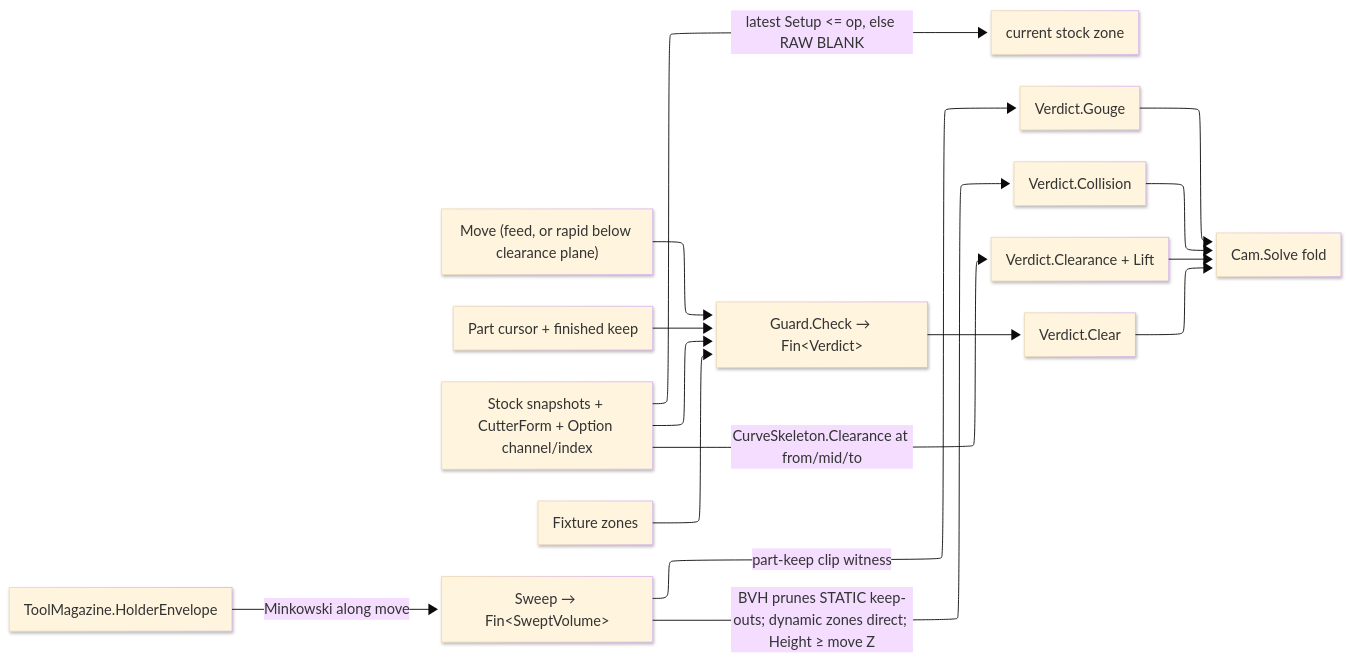
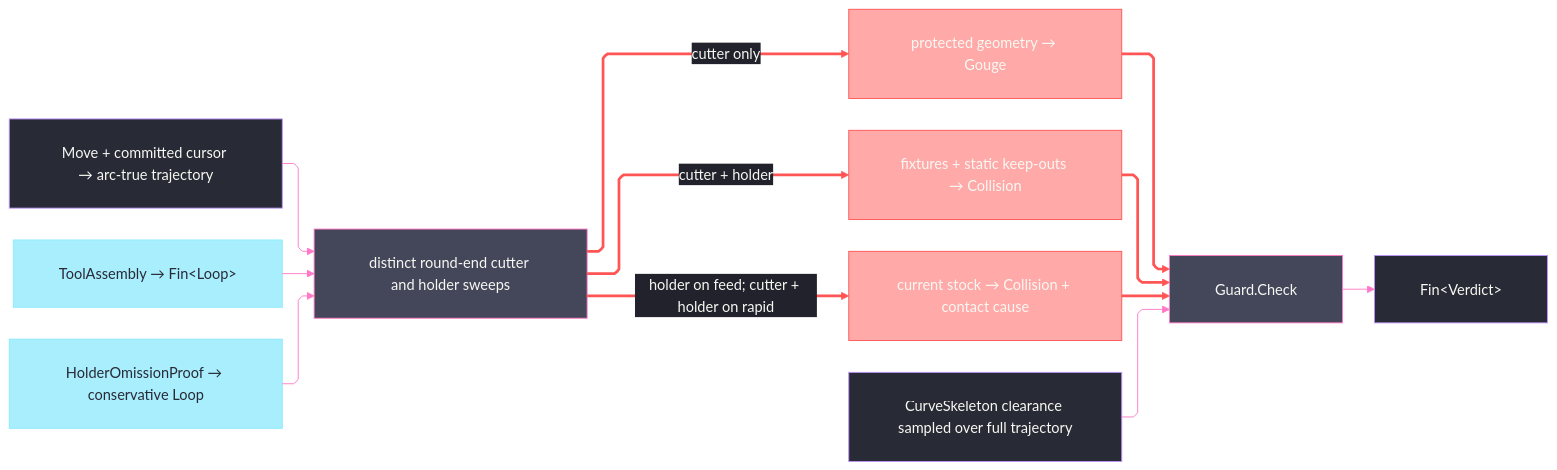
The diagram in libs/csharp/Rasm.Fabrication/.planning/Toolpath/guard.md (bsamiee/Rasm), drawn with Mermaid before and after one commit. The commit also changed other lines of this file and 128 other files, not shown here.

First line of the commit message:
snapshot: Fabrication rebuild-run corpus landed + fleet one-fable-seat collapse + pr-loop universal rebuild, mid clean-refactor

````diff
--- a/libs/csharp/Rasm.Fabrication/.planning/Toolpath/guard.md
+++ b/libs/csharp/Rasm.Fabrication/.planning/Toolpath/guard.md
@@ -189,25 +403,49 @@
 ```mermaid
 ---
 config:
+  theme: base
+  look: classic
   layout: elk
-  look: neo
-  theme: base
+  flowchart:
+    curve: linear
+    padding: 25
+  themeVariables:
+    darkMode: true
+    fontFamily: "SF Mono, Menlo, Cascadia Mono, Segoe UI Mono, Consolas, monospace"
+    useGradient: false
+    dropShadow: "none"
+    background: "#282A36"
+    primaryColor: "#44475A"
+    primaryTextColor: "#F8F8F2"
+    primaryBorderColor: "#BD93F9"
+    lineColor: "#FF79C6"
+    textColor: "#F8F8F2"
+    edgeLabelBackground: "#21222C"
+    labelBackgroundColor: "#21222C"
+  themeCSS: ".nodeLabel{font-size:13px;font-weight:500}.edgeLabel{font-size:12px;font-weight:500}.cluster-label .nodeLabel{font-size:13.5px;font-weight:700;letter-spacing:.08em}.edge-thickness-normal{stroke-width:2px}.edge-thickness-thick{stroke-width:3px}.edge-pattern-dashed,.edge-pattern-dotted{stroke-width:1.5px;stroke-dasharray:4 6}.node rect,.node circle,.node polygon,.node path,.node .outer-path{stroke-width:1.5px;filter:none!important}.cluster rect{stroke-width:1px!important;stroke-dasharray:5 4!important;filter:none!important}.marker path{transform:scale(.8);transform-origin:5px 5px}.marker circle{transform:scale(.48);transform-origin:5px 5px}.edgeLabel rect{transform-box:fill-box;transform-origin:center;transform:scale(1.1,1.2)}"
 ---
 flowchart LR
-    accTitle: Guard per-move safety fold
-    accDescr: Guard composes current stock, holder sweep, channel clearance, and two-phase obstacle testing into typed Cam verdicts on a fail-closed rail.
-    Move["Move (feed, or rapid below clearance plane)"] --> Check["Guard.Check → Fin&lt;Verdict&gt;"]
-    Part["Part cursor + finished keep"] --> Check
-    Stock["Stock snapshots + CutterForm + Option channel/index"] --> Check
-    Fixture["Fixture zones"] --> Check
-    Stock -->|"latest Setup <= op, else RAW BLANK"| Obstacles["current stock zone"]
-    Magazine["ToolMagazine.HolderEnvelope"] -->|Minkowski along move| Sweep["Sweep → Fin&lt;SweptVolume&gt;"]
-    Sweep -->|part-keep clip witness| Gouge["Verdict.Gouge"]
-    Sweep -->|"BVH prunes STATIC keep-outs; dynamic zones direct; Height ≥ move Z"| Collision["Verdict.Collision"]
-    Stock -->|"CurveSkeleton.Clearance at from/mid/to"| Clearance["Verdict.Clearance + Lift"]
-    Check --> Clear["Verdict.Clear"]
-    Gouge --> Cam["Cam.Solve fold"]
-    Collision --> Cam
-    Clearance --> Cam
-    Clear --> Cam
+  accTitle: Fail-closed motion guard
+  accDescr: Distinct cutter and holder envelopes test protected geometry, fixed obstacles, stock, and channel clearance before producing one typed verdict.
+  Move["Move + committed cursor → arc-true trajectory"] --> Sweep["distinct round-end cutter and holder sweeps"]
+  Assembly["ToolAssembly → Fin&lt;Loop&gt;"] --> Sweep
+  Proof["HolderOmissionProof → conservative Loop"] --> Sweep
+  Sweep -->|cutter only| Protected["protected geometry → Gouge"]
+  Sweep -->|cutter + holder| Fixed["fixtures + static keep-outs → Collision"]
+  Sweep -->|"holder on feed; cutter + holder on rapid"| Current["current stock → Collision + contact cause"]
+  Channel["CurveSkeleton clearance sampled over full trajectory"] --> Check["Guard.Check"]
+  Protected --> Check
+  Fixed --> Check
+  Current --> Check
+  Check --> Verdict["Fin&lt;Verdict&gt;"]
+  linkStyle 3,4,5,7,8,9 stroke:#FF5555,stroke-width:3px,color:#F8F8F2
+  classDef primary fill:#44475A,stroke:#FF79C6,color:#F8F8F2
+  classDef boundary fill:#282A36,stroke:#BD93F9,color:#F8F8F2
+  classDef external fill:#8BE9FDBF,stroke:#8BE9FD,color:#282A36
+  classDef error fill:#FF555580,stroke:#FF5555,color:#F8F8F2
+  class Move,Channel boundary
+  class Assembly,Proof external
+  class Sweep,Check primary
+  class Protected,Fixed,Current error
+  class Verdict boundary
 ```
````
